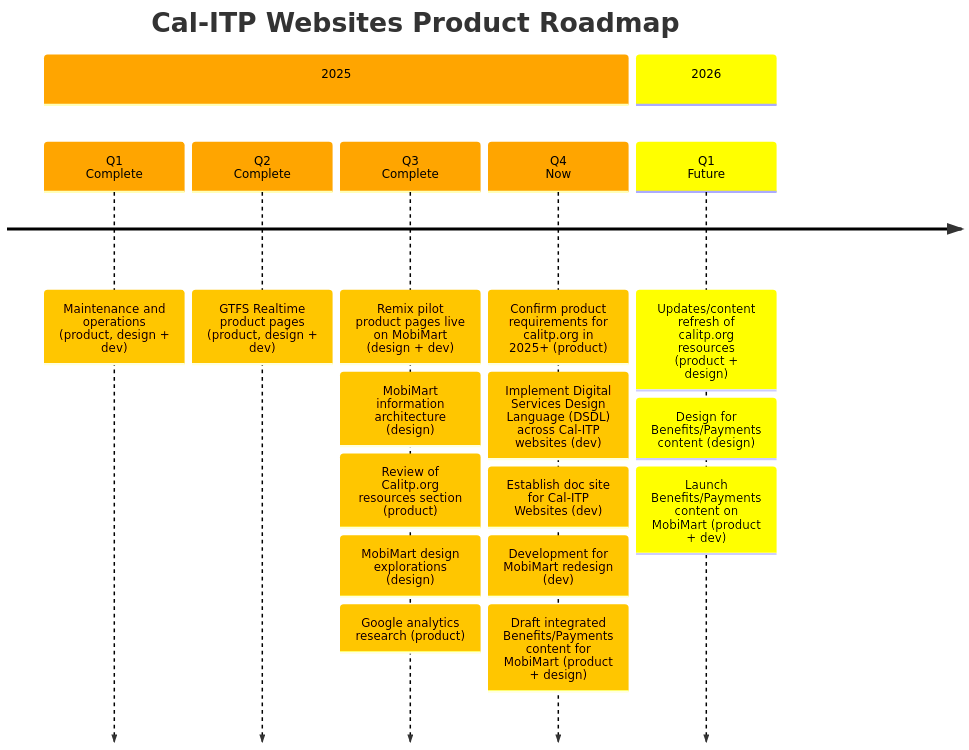
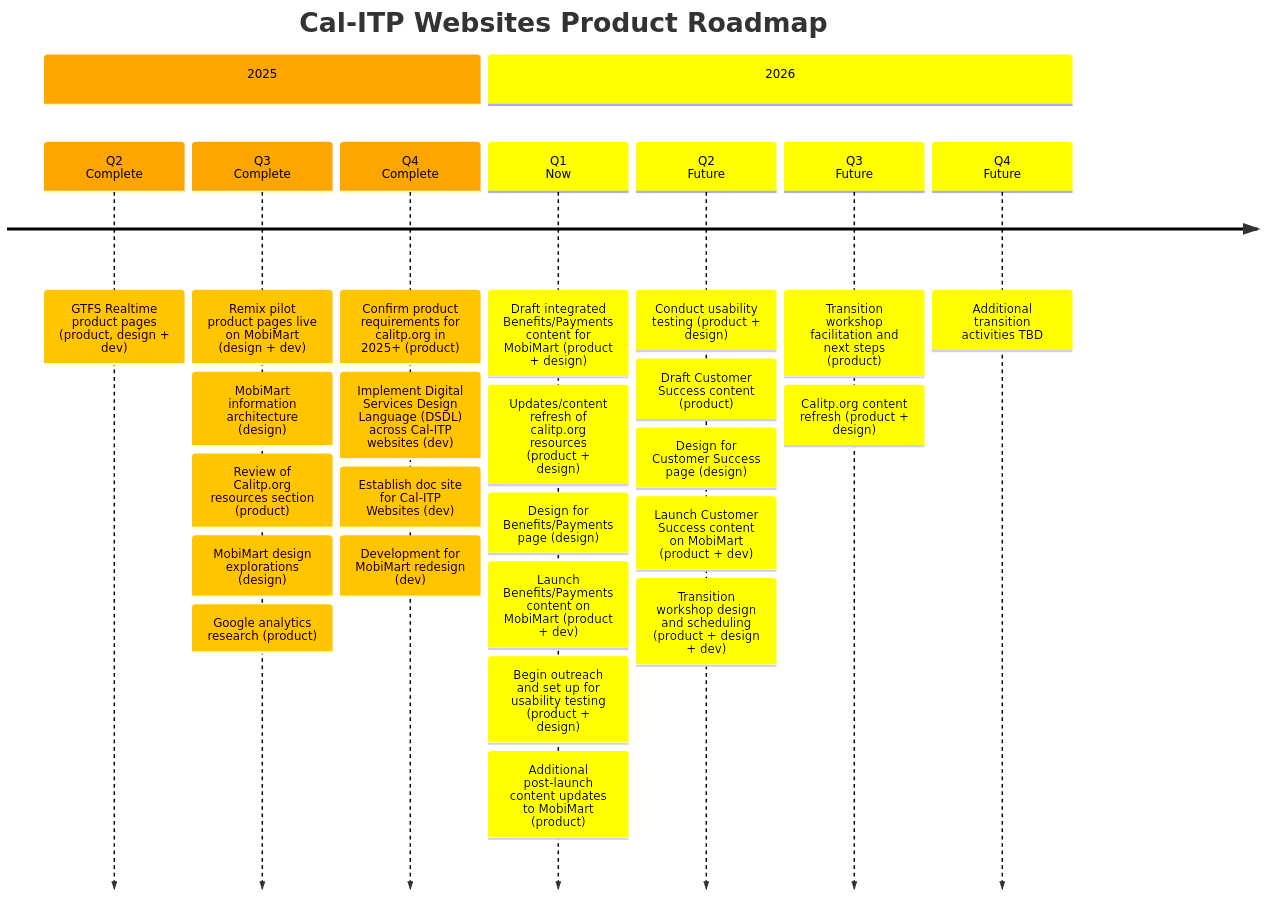
The diagram in docs/index.md (cal-itp/calitp.org), drawn with Mermaid before and after one commit.

Commit message:
Update index.md
Updating the roadmap to include more of the plan for 2026

````diff
--- a/docs/index.md
+++ b/docs/index.md
@@ -5,50 +5,63 @@
 ```mermaid
     timeline
     title Cal-ITP Websites Product Roadmap
-
+   
     %% Websites Epics (2025)
     section 2025
-
-    Q1<br>Complete
-    : Maintenance and operations (product, design + dev)
 
     Q2<br>Complete
     : GTFS Realtime product pages (product, design + dev)
 
     Q3<br>Complete
     : Remix pilot product pages live on MobiMart (design + dev)
     : MobiMart information architecture (design)
     : Review of Calitp.org resources section (product)
     : MobiMart design explorations (design)
     : Google analytics research (product)
+  
 
-
-    Q4<br>Now
+    Q4<br>Complete
     : Confirm product requirements for calitp.org in 2025+ (product)
     : Implement Digital Services Design Language (DSDL) across Cal-ITP websites (dev)
     : Establish doc site for Cal-ITP Websites (dev)
     : Development for MobiMart redesign (dev)
-    : Draft integrated Benefits/Payments content for MobiMart (product + design)
 
     section 2026
 
-    Q1<br>Future
+    Q1<br>Now
+    : Draft integrated Benefits/Payments content for MobiMart (product + design)
     : Updates/content refresh of calitp.org resources (product + design)
-    : Design for Benefits/Payments content (design)
+    : Design for Benefits/Payments page (design)
     : Launch Benefits/Payments content on MobiMart (product + dev)
-    %%{
+    : Begin outreach and set up for usability testing (product + design) 
+    : Additional post-launch content updates to MobiMart (product)
+
+    Q2<br>Future
+    : Conduct usability testing (product + design)
+    : Draft Customer Success content (product)
+    : Design for Customer Success page (design)
+    : Launch Customer Success content on MobiMart (product + dev)
+    : Transition workshop design and scheduling (product + design + dev)
+
+    Q3<br>Future
+    : Transition workshop facilitation and next steps (product)
+    : Calitp.org content refresh (product + design)
+
+    Q4<br>Future
+    : Additional transition activities TBD 
+   %%{
         init: {
             'logLevel': 'debug',
             'theme': 'default' ,
             'themeVariables': {
                 'cScale0': '#ffa500', 'cScaleLabel0': '#000000',
                 'cScale1': '#ffff00', 'cScaleLabel1': '#000000',
                 'cScale2': '#ffff00', 'cScaleLabel2': '#000000',
                 'cScale3': '#008000', 'cScaleLabel3': '#ffffff',
                 'cScale4': '#0000ff', 'cScaleLabel4': '#ffffff',
                 'cScale5': '#4b0082', 'cScaleLabel5': '#ffffff',
                 'cScale6': '#000000', 'cScaleLabel6': '#ffffff'
             }
         }
     }%%
 ```
````
